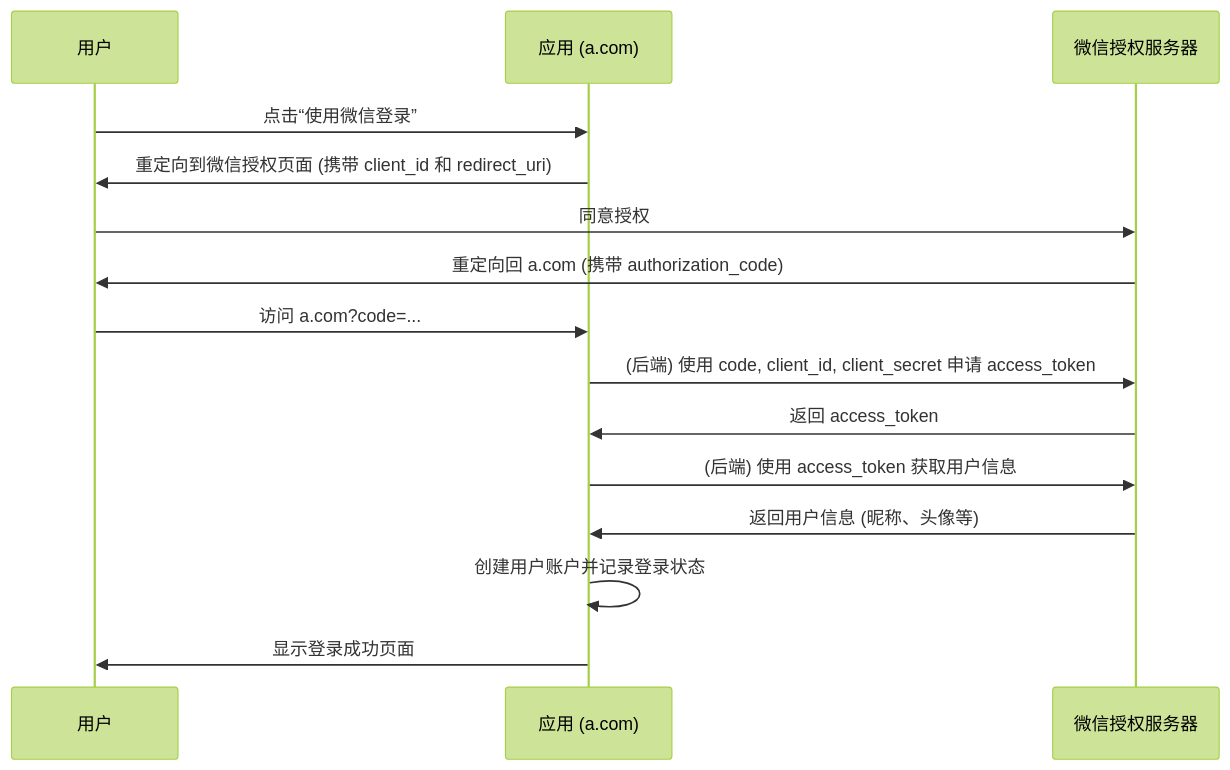
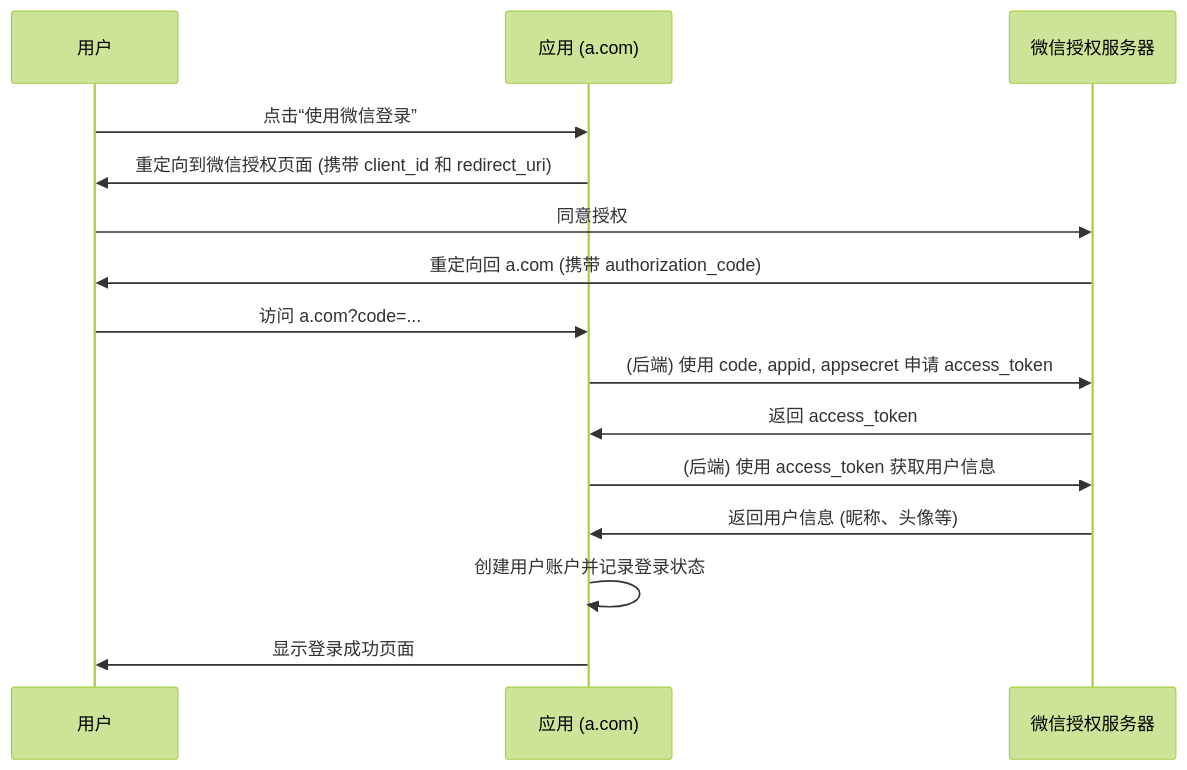
Before and after one commit to Hidetoshi20/Program-Knowledge-Database: the sixth of 6 diagrams in docs/Web Front End/Web Scenario.md, drawn with Mermaid (forest theme). The commit also changed other lines of this file and 8 other files, not shown here.

````diff
--- a/docs/Web Front End/Web Scenario.md
+++ b/docs/Web Front End/Web Scenario.md
@@ -224,18 +261,18 @@
 ```mermaid
 sequenceDiagram
     participant User as 用户
     participant App as 应用 (a.com)
     participant WeChat as 微信授权服务器
 
     User->>App: 点击“使用微信登录”
     App->>User: 重定向到微信授权页面 (携带 client_id 和 redirect_uri)
     User->>WeChat: 同意授权
     WeChat->>User: 重定向回 a.com (携带 authorization_code)
     User->>App: 访问 a.com?code=...
-    App->>WeChat: (后端) 使用 code, client_id, client_secret 申请 access_token
+    App->>WeChat: (后端) 使用 code, appid, appsecret 申请 access_token
     WeChat->>App: 返回 access_token
     App->>WeChat: (后端) 使用 access_token 获取用户信息
     WeChat->>App: 返回用户信息 (昵称、头像等)
     App->>App: 创建用户账户并记录登录状态
     App->>User: 显示登录成功页面
 ```
````
